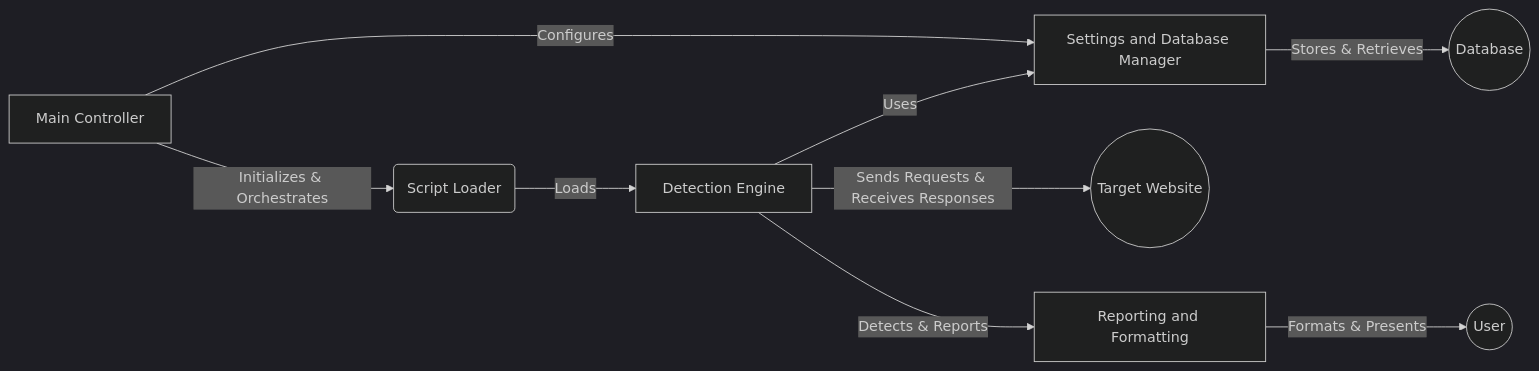
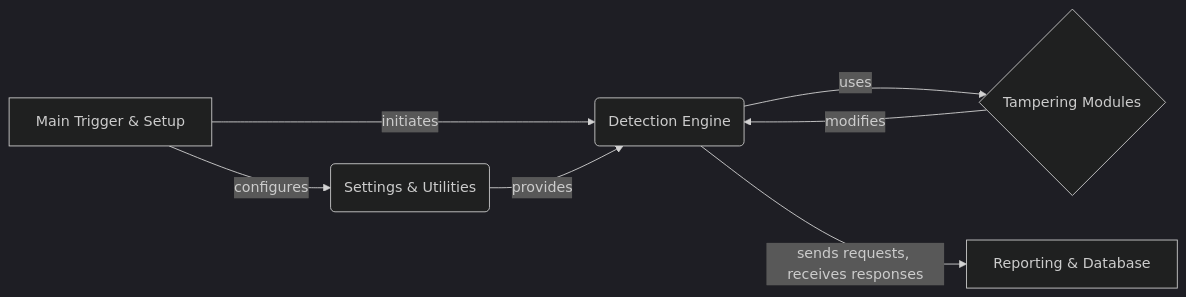
One commit to CodeBoarding/GeneratedOnBoardings changed the diagram in WhatWaf/on_boarding.md. Above: the diagram before and after it, drawn with Mermaid (dark theme). The commit also changed other lines of this file, not shown here.

````diff
--- a/WhatWaf/on_boarding.md
+++ b/WhatWaf/on_boarding.md
@@ -5,13 +5,11 @@
 ```mermaid
 graph LR
-    A[Main Controller] -- Initializes & Orchestrates --> B(Script Loader)
-    B -- Loads --> C[Detection Engine]
-    A -- Configures --> D[Settings and Database Manager]
-    C -- Uses --> D
-    C -- Sends Requests & Receives Responses --> E((Target Website))
-    C -- Detects & Reports --> F[Reporting and Formatting]
-    D -- Stores & Retrieves --> G((Database))
-    F -- Formats & Presents --> H((User))
+    A[Main Trigger & Setup] -- configures --> B(Settings & Utilities)
+    A -- initiates --> C(Detection Engine)
+    B -- provides --> C
+    C -- uses --> D{Tampering Modules}
+    C -- sends requests, receives responses --> E[Reporting & Database]
+    D -- modifies --> C
 
 
 ```
````
